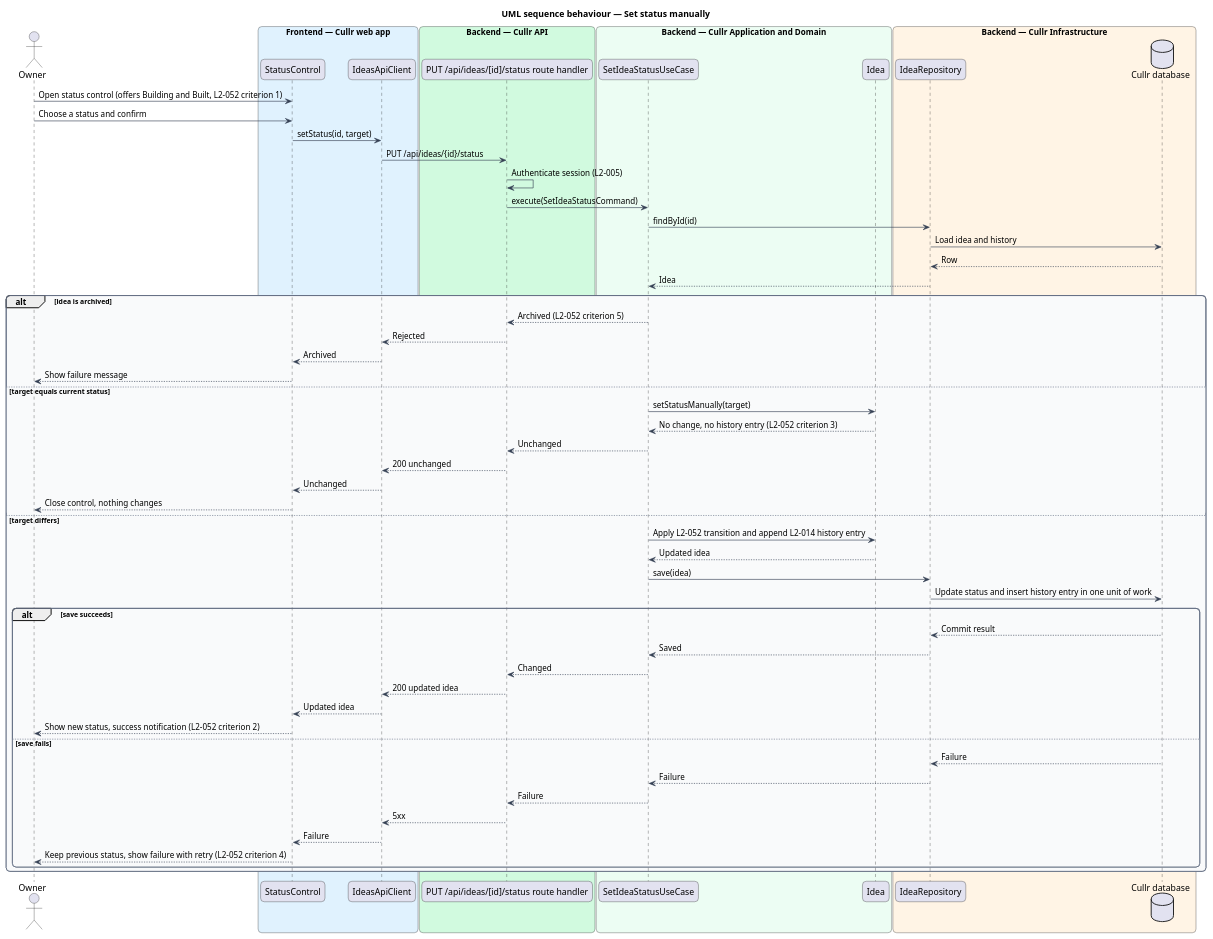
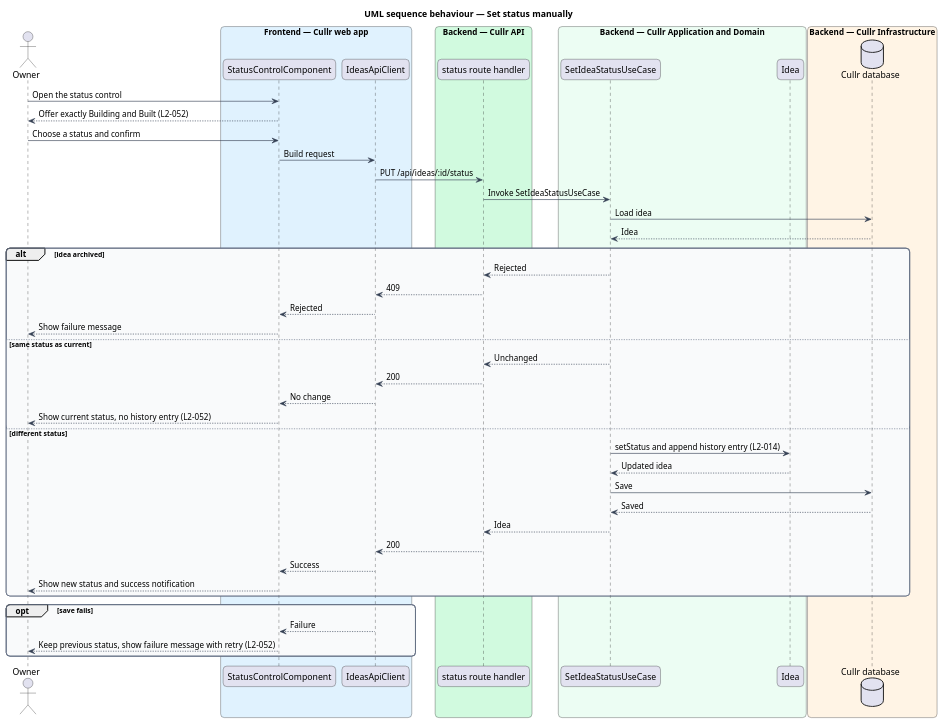
One commit to QuinntyneBrown/cullr changed the diagram in docs/detailed-designs/ideas/idea-status/diagrams/sequence-set-status.puml. Above: the diagram before and after it, drawn with PlantUML. The commit also changed 15 other files, not shown here.

Commit message:
Add bulk-select-ideas design; revise idea-status design

```diff
--- a/docs/detailed-designs/ideas/idea-status/diagrams/sequence-set-status.puml
+++ b/docs/detailed-designs/ideas/idea-status/diagrams/sequence-set-status.puml
@@ -1,76 +1,64 @@
 @startuml
 title UML sequence behaviour — Set status manually
 skinparam backgroundColor #FFFFFF
 skinparam shadowing false
 skinparam roundcorner 12
 skinparam defaultFontName Arial
 skinparam ArrowColor #344054
 skinparam rectangle {
   BorderColor #344054
   FontColor #101828
 }
 skinparam package {
   BorderColor #667085
   FontColor #101828
   BackgroundColor #F9FAFB
 }
 actor "Owner" as owner
 box "Frontend — Cullr web app" #E0F2FE
-  participant "StatusControl" as control
+  participant "StatusControlComponent" as page
   participant "IdeasApiClient" as client
 end box
 box "Backend — Cullr API" #D1FADF
-  participant "PUT /api/ideas/[id]/status route handler" as route
+  participant "status route handler" as route
 end box
 box "Backend — Cullr Application and Domain" #ECFDF3
-  participant "SetIdeaStatusUseCase" as usecase
-  participant "Idea" as entity
+  participant "SetIdeaStatusUseCase" as uc
+  participant "Idea" as idea
 end box
 box "Backend — Cullr Infrastructure" #FFF4E5
-  participant "IdeaRepository" as repo
   database "Cullr database" as db
 end box
-owner -> control : Open status control (offers Building and Built, L2-052 criterion 1)
-owner -> control : Choose a status and confirm
-control -> client : setStatus(id, target)
-client -> route : PUT /api/ideas/{id}/status
-route -> route : Authenticate session (L2-005)
-route -> usecase : execute(SetIdeaStatusCommand)
-usecase -> repo : findById(id)
-repo -> db : Load idea and history
-db --> repo : Row
-repo --> usecase : Idea
-alt idea is archived
-  usecase --> route : Archived (L2-052 criterion 5)
-  route --> client : Rejected
-  client --> control : Archived
-  control --> owner : Show failure message
-else target equals current status
-  usecase -> entity : setStatusManually(target)
-  entity --> usecase : No change, no history entry (L2-052 criterion 3)
-  usecase --> route : Unchanged
-  route --> client : 200 unchanged
-  client --> control : Unchanged
-  control --> owner : Close control, nothing changes
-else target differs
-  usecase -> entity : Apply L2-052 transition and append L2-014 history entry
-  entity --> usecase : Updated idea
-  usecase -> repo : save(idea)
-  repo -> db : Update status and insert history entry in one unit of work
-  alt save succeeds
-    db --> repo : Commit result
-    repo --> usecase : Saved
-    usecase --> route : Changed
-    route --> client : 200 updated idea
-    client --> control : Updated idea
-    control --> owner : Show new status, success notification (L2-052 criterion 2)
-  else save fails
-    db --> repo : Failure
-    repo --> usecase : Failure
-    usecase --> route : Failure
-    route --> client : 5xx
-    client --> control : Failure
-    control --> owner : Keep previous status, show failure with retry (L2-052 criterion 4)
-  end
+owner -> page : Open the status control
+page --> owner : Offer exactly Building and Built (L2-052)
+owner -> page : Choose a status and confirm
+page -> client : Build request
+client -> route : PUT /api/ideas/:id/status
+route -> uc : Invoke SetIdeaStatusUseCase
+uc -> db : Load idea
+db --> uc : Idea
+alt idea archived
+  uc --> route : Rejected
+  route --> client : 409
+  client --> page : Rejected
+  page --> owner : Show failure message
+else same status as current
+  uc --> route : Unchanged
+  route --> client : 200
+  client --> page : No change
+  page --> owner : Show current status, no history entry (L2-052)
+else different status
+  uc -> idea : setStatus and append history entry (L2-014)
+  idea --> uc : Updated idea
+  uc -> db : Save
+  db --> uc : Saved
+  uc --> route : Idea
+  route --> client : 200
+  client --> page : Success
+  page --> owner : Show new status and success notification
+end
+opt save fails
+  client --> page : Failure
+  page --> owner : Keep previous status, show failure message with retry (L2-052)
 end
 @enduml
```
